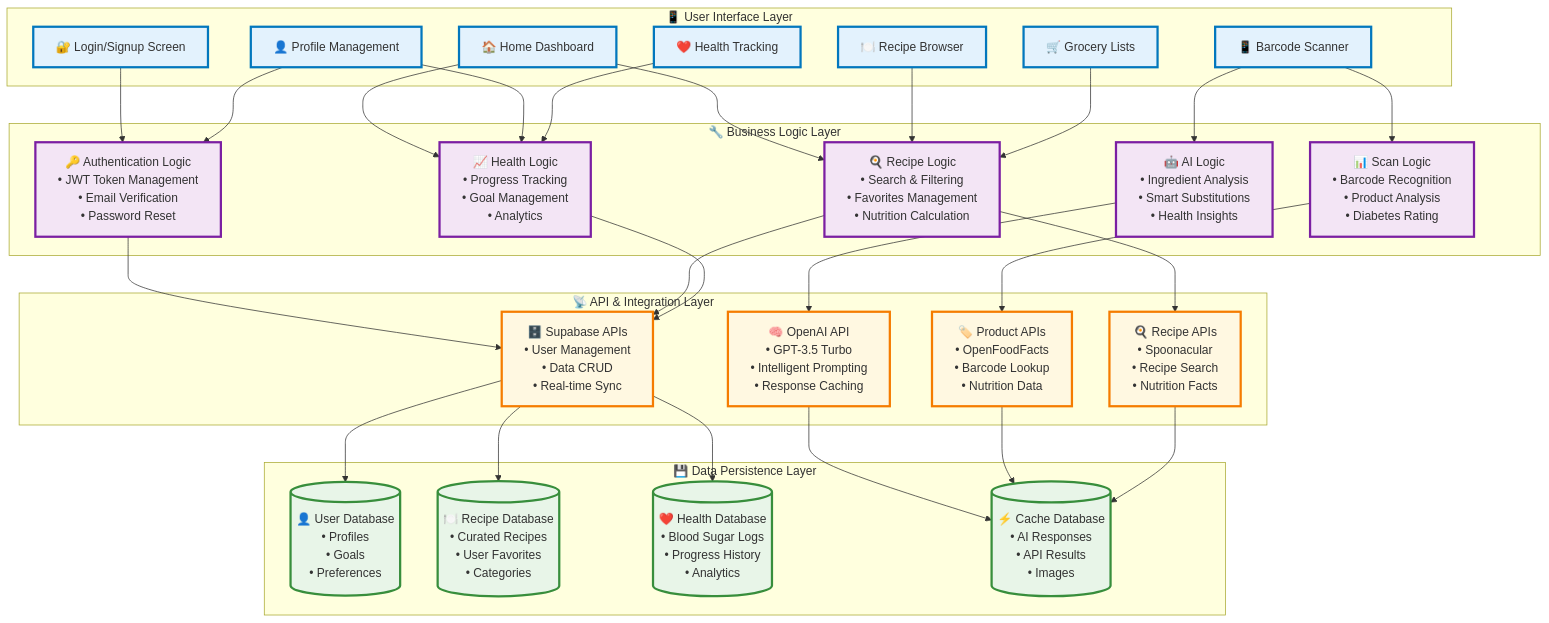
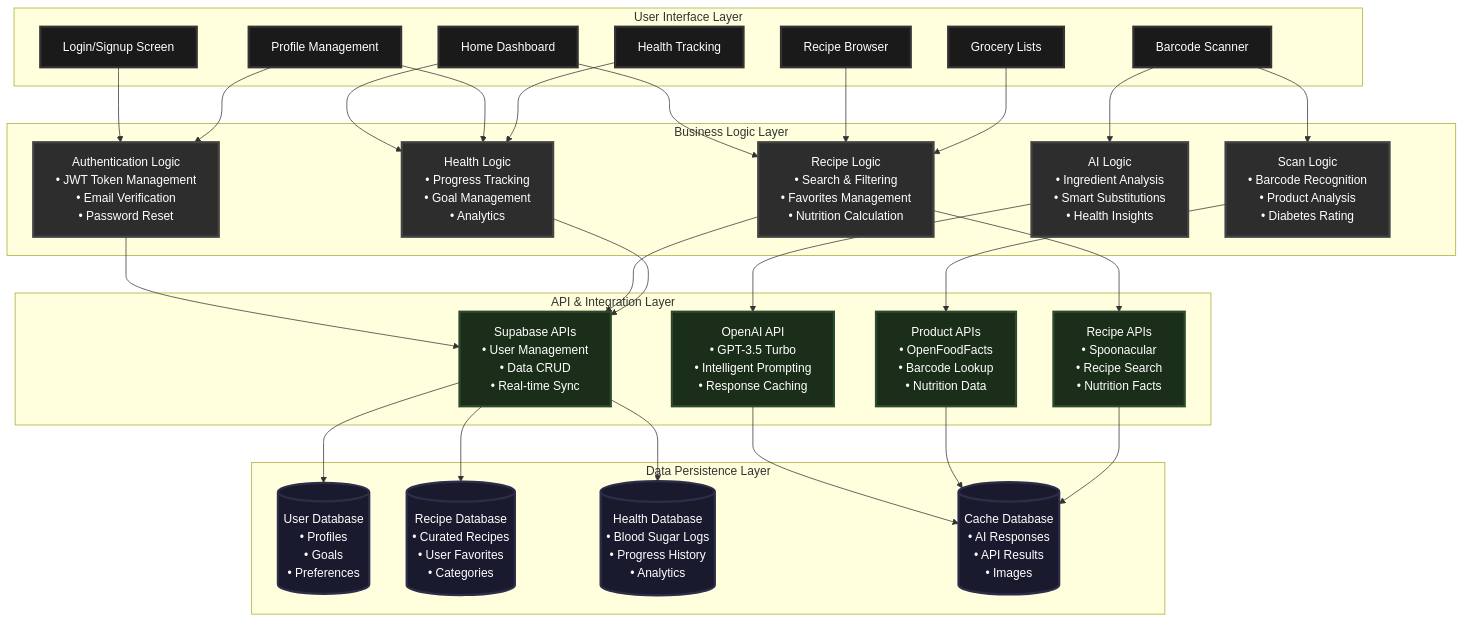
One commit to abhinavsrinivasan/diabetes-me changed the second of 6 diagrams in README.md. Above: the diagram before and after it, drawn with Mermaid. The commit also changed other lines of this file, not shown here.

````diff
--- a/README.md
+++ b/README.md
@@ -126,69 +133,69 @@
 ```mermaid
 graph TD
-    subgraph "📱 User Interface Layer"
-        Login[🔐 Login/Signup Screen]
-        Home[🏠 Home Dashboard]
-        Recipes[🍽️ Recipe Browser]
-        Scanner[📱 Barcode Scanner]
-        Profile[👤 Profile Management]
-        Grocery[🛒 Grocery Lists]
-        Health[❤️ Health Tracking]
+    subgraph "User Interface Layer"
+        Login[Login/Signup Screen]
+        Home[Home Dashboard]
+        Recipes[Recipe Browser]
+        Scanner[Barcode Scanner]
+        Profile[Profile Management]
+        Grocery[Grocery Lists]
+        Health[Health Tracking]
     end
     
-    subgraph "🔧 Business Logic Layer"
-        AuthLogic[🔑 Authentication Logic<br/>• JWT Token Management<br/>• Email Verification<br/>• Password Reset]
-        RecipeLogic[🍳 Recipe Logic<br/>• Search & Filtering<br/>• Favorites Management<br/>• Nutrition Calculation]
-        ScanLogic[📊 Scan Logic<br/>• Barcode Recognition<br/>• Product Analysis<br/>• Diabetes Rating]
-        AILogic[🤖 AI Logic<br/>• Ingredient Analysis<br/>• Smart Substitutions<br/>• Health Insights]
-        HealthLogic[📈 Health Logic<br/>• Progress Tracking<br/>• Goal Management<br/>• Analytics]
+    subgraph "Business Logic Layer"
+        AuthLogic[Authentication Logic<br/>• JWT Token Management<br/>• Email Verification<br/>• Password Reset]
+        RecipeLogic[Recipe Logic<br/>• Search & Filtering<br/>• Favorites Management<br/>• Nutrition Calculation]
+        ScanLogic[Scan Logic<br/>• Barcode Recognition<br/>• Product Analysis<br/>• Diabetes Rating]
+        AILogic[AI Logic<br/>• Ingredient Analysis<br/>• Smart Substitutions<br/>• Health Insights]
+        HealthLogic[Health Logic<br/>• Progress Tracking<br/>• Goal Management<br/>• Analytics]
     end
     
-    subgraph "📡 API & Integration Layer"
-        SupabaseAPI[🗄️ Supabase APIs<br/>• User Management<br/>• Data CRUD<br/>• Real-time Sync]
-        OpenAIAPI[🧠 OpenAI API<br/>• GPT-3.5 Turbo<br/>• Intelligent Prompting<br/>• Response Caching]
-        ProductAPI[🏷️ Product APIs<br/>• OpenFoodFacts<br/>• Barcode Lookup<br/>• Nutrition Data]
-        RecipeAPI[🍳 Recipe APIs<br/>• Spoonacular<br/>• Recipe Search<br/>• Nutrition Facts]
+    subgraph "API & Integration Layer"
+        SupabaseAPI[Supabase APIs<br/>• User Management<br/>• Data CRUD<br/>• Real-time Sync]
+        OpenAIAPI[OpenAI API<br/>• GPT-3.5 Turbo<br/>• Intelligent Prompting<br/>• Response Caching]
+        ProductAPI[Product APIs<br/>• OpenFoodFacts<br/>• Barcode Lookup<br/>• Nutrition Data]
+        RecipeAPI[Recipe APIs<br/>• Spoonacular<br/>• Recipe Search<br/>• Nutrition Facts]
     end
     
-    subgraph "💾 Data Persistence Layer"
-        UserDB[(👤 User Database<br/>• Profiles<br/>• Goals<br/>• Preferences)]
-        RecipeDB[(🍽️ Recipe Database<br/>• Curated Recipes<br/>• User Favorites<br/>• Categories)]
-        HealthDB[(❤️ Health Database<br/>• Blood Sugar Logs<br/>• Progress History<br/>• Analytics)]
-        CacheDB[(⚡ Cache Database<br/>• AI Responses<br/>• API Results<br/>• Images)]
+    subgraph "Data Persistence Layer"
+        UserDB[(User Database<br/>• Profiles<br/>• Goals<br/>• Preferences)]
+        RecipeDB[(Recipe Database<br/>• Curated Recipes<br/>• User Favorites<br/>• Categories)]
+        HealthDB[(Health Database<br/>• Blood Sugar Logs<br/>• Progress History<br/>• Analytics)]
+        CacheDB[(Cache Database<br/>• AI Responses<br/>• API Results<br/>• Images)]
     end
     
     Login --> AuthLogic
     Home --> RecipeLogic
     Home --> HealthLogic
     Recipes --> RecipeLogic
     Scanner --> ScanLogic
     Scanner --> AILogic
     Profile --> AuthLogic
     Profile --> HealthLogic
     Grocery --> RecipeLogic
     Health --> HealthLogic
     
     AuthLogic --> SupabaseAPI
     RecipeLogic --> SupabaseAPI
     RecipeLogic --> RecipeAPI
     ScanLogic --> ProductAPI
     AILogic --> OpenAIAPI
     HealthLogic --> SupabaseAPI
     
     SupabaseAPI --> UserDB
     SupabaseAPI --> RecipeDB
     SupabaseAPI --> HealthDB
     OpenAIAPI --> CacheDB
     ProductAPI --> CacheDB
     RecipeAPI --> CacheDB
     
-    classDef uiStyle fill:#e3f2fd,stroke:#0277bd,stroke-width:3px
-    classDef logicStyle fill:#f3e5f5,stroke:#7b1fa2,stroke-width:3px
-    classDef apiStyle fill:#fff8e1,stroke:#f57c00,stroke-width:3px
-    classDef dbStyle fill:#e8f5e8,stroke:#388e3c,stroke-width:3px
+    classDef uiStyle fill:#1a1a1a,stroke:#333333,stroke-width:3px,color:#ffffff
+    classDef logicStyle fill:#2d2d2d,stroke:#444444,stroke-width:3px,color:#ffffff
+    classDef apiStyle fill:#1a2e1a,stroke:#2d4a2d,stroke-width:3px,color:#ffffff
+    classDef dbStyle fill:#1a1a2e,stroke:#2d2d4a,stroke-width:3px,color:#ffffff
     
     class Login,Home,Recipes,Scanner,Profile,Grocery,Health uiStyle
     class AuthLogic,RecipeLogic,ScanLogic,AILogic,HealthLogic logicStyle
     class SupabaseAPI,OpenAIAPI,ProductAPI,RecipeAPI apiStyle
     class UserDB,RecipeDB,HealthDB,CacheDB dbStyle
 ```
````
